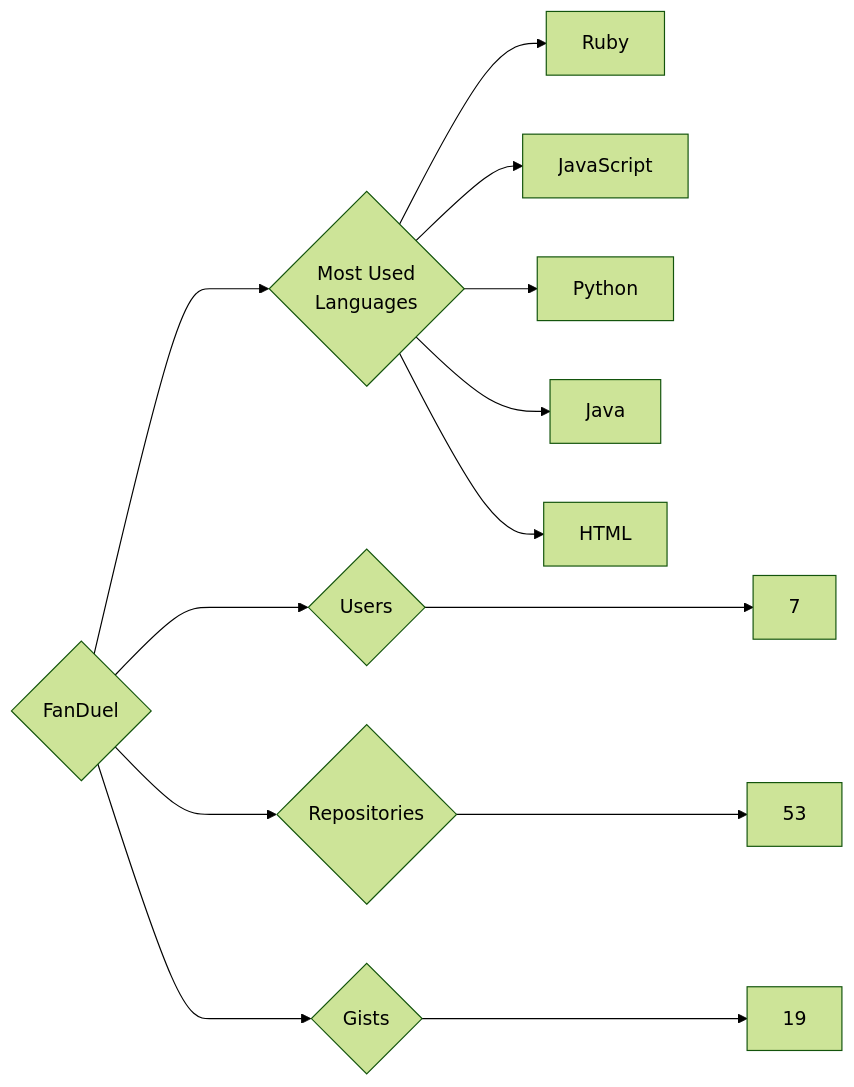
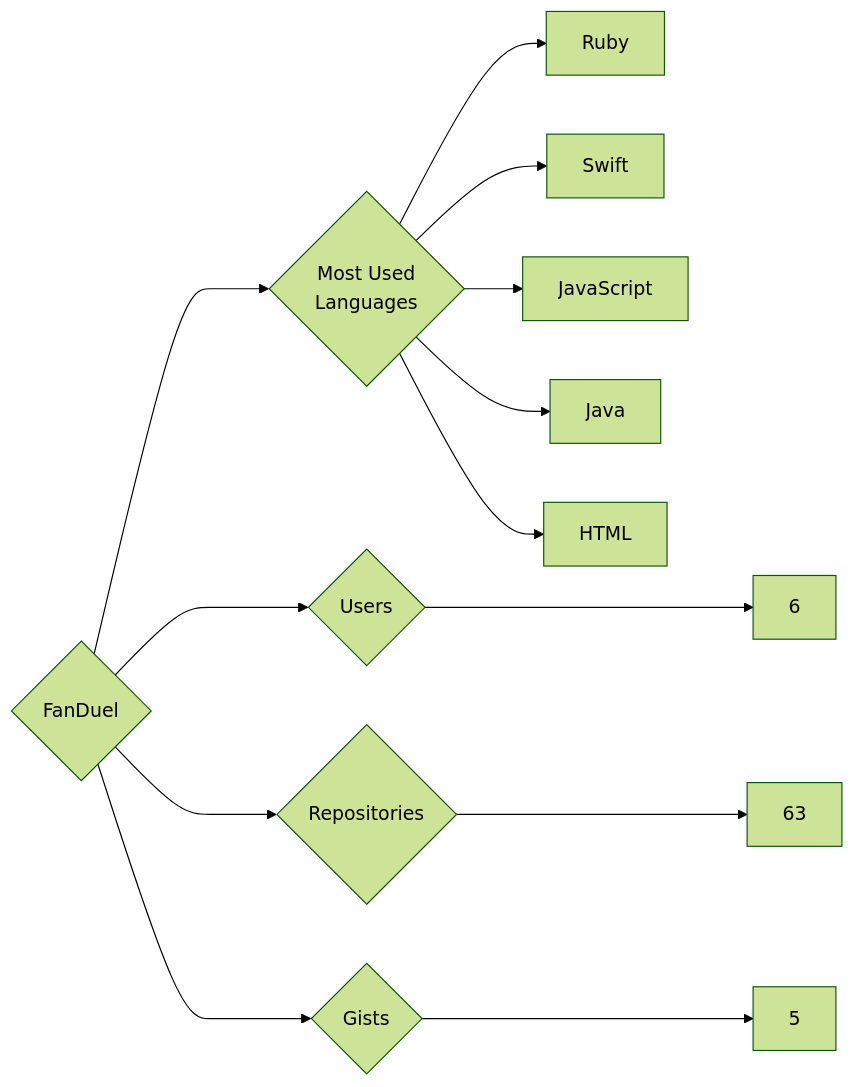
One commit to trickest/insiders changed the diagram in targets/FanDuel/README.md. Above: the diagram before and after it, drawn with Mermaid (forest theme). The commit also changed 1141 other files, not shown here.

````diff
--- a/targets/FanDuel/README.md
+++ b/targets/FanDuel/README.md
@@ -3,13 +3,13 @@
 ```mermaid
 graph LR
 COMPANY_NAME{FanDuel}
-COMPANY_NAME ---> U{Users} ---> UN[7]
-COMPANY_NAME ---> R{Repositories} ---> RN[53]
-COMPANY_NAME ---> G{Gists} ---> GN[19]
+COMPANY_NAME ---> U{Users} ---> UN[6]
+COMPANY_NAME ---> R{Repositories} ---> RN[63]
+COMPANY_NAME ---> G{Gists} ---> GN[5]
 COMPANY_NAME ---> ML{Most Used<br>Languages}
 ML --> Ruby[Ruby]
+ML --> Swift[Swift]
 ML --> JavaScript[JavaScript]
-ML --> Python[Python]
 ML --> Java[Java]
 ML --> HTML[HTML]
 ```
````
